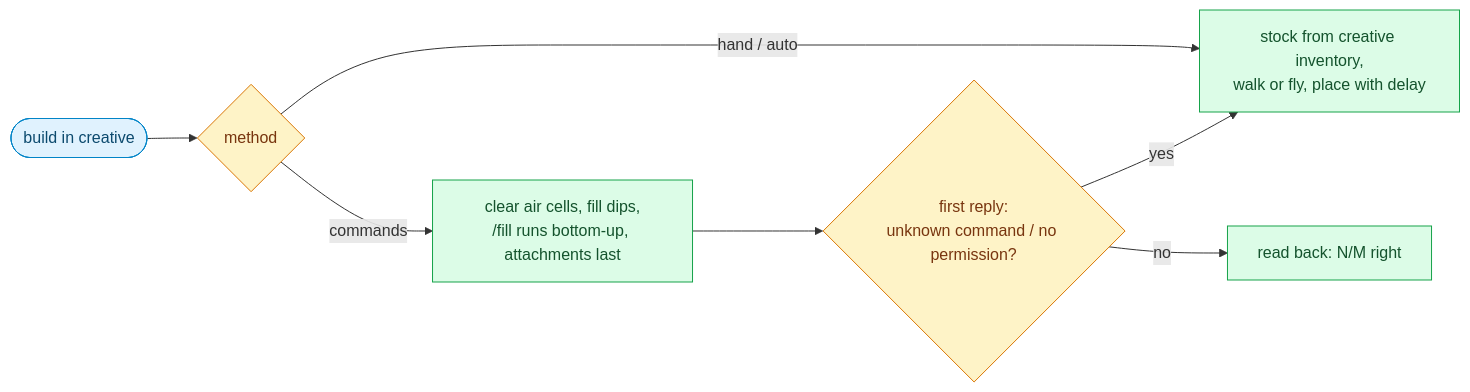
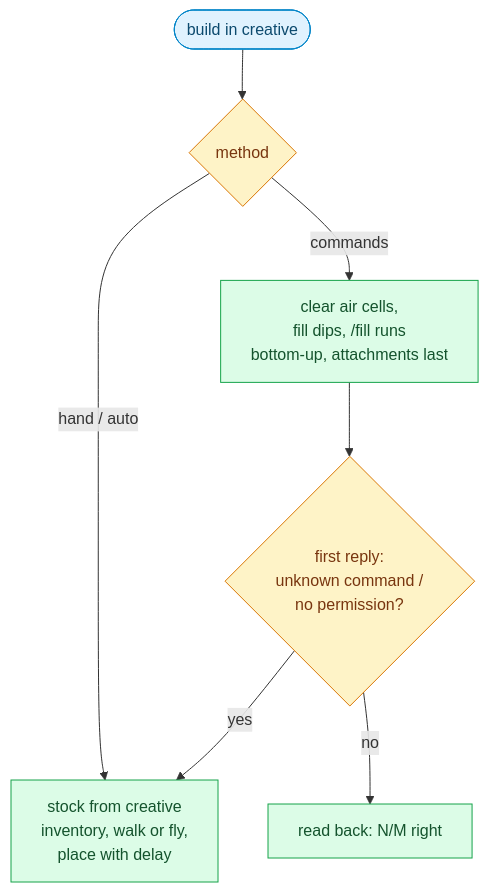
Before and after one commit to thereisnotime/golemkit: the third of 3 diagrams in docs/guide/goals-and-building.md, drawn with Mermaid. The commit also changed other lines of this file and 20 other files, not shown here.

First line of the commit message:
Docs: replace the last ASCII diagrams with mermaid, make wide charts top-down to fit the column

````diff
--- a/docs/guide/goals-and-building.md
+++ b/docs/guide/goals-and-building.md
@@ -643,15 +649,15 @@
 ```mermaid
-flowchart LR
+flowchart TD
   B(["build in creative"]) --> M{"method"}
-  M -- "hand / auto" --> H["stock from creative inventory,<br/>walk or fly, place with delay"]
-  M -- commands --> C["clear air cells, fill dips,<br/>/fill runs bottom-up, attachments last"]
-  C --> R{"first reply:<br/>unknown command / no permission?"}
+  M -- "hand / auto" --> H["stock from creative<br/>inventory, walk or fly,<br/>place with delay"]
+  M -- commands --> C["clear air cells,<br/>fill dips, /fill runs<br/>bottom-up, attachments last"]
+  C --> R{"first reply:<br/>unknown command /<br/>no permission?"}
   R -- yes --> H
   R -- no --> V["read back: N/M right"]
   classDef a fill:#e0f2fe,stroke:#0284c7,color:#0c4a6e
   classDef d fill:#fef3c7,stroke:#d97706,color:#78350f
   classDef g fill:#dcfce7,stroke:#16a34a,color:#14532d
   class B a
   class M,R d
   class H,C,V g
 ```
````
